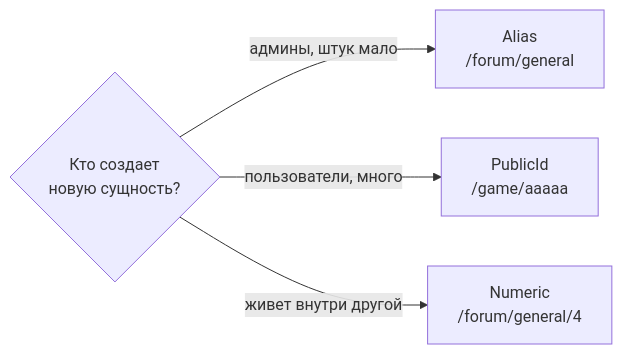
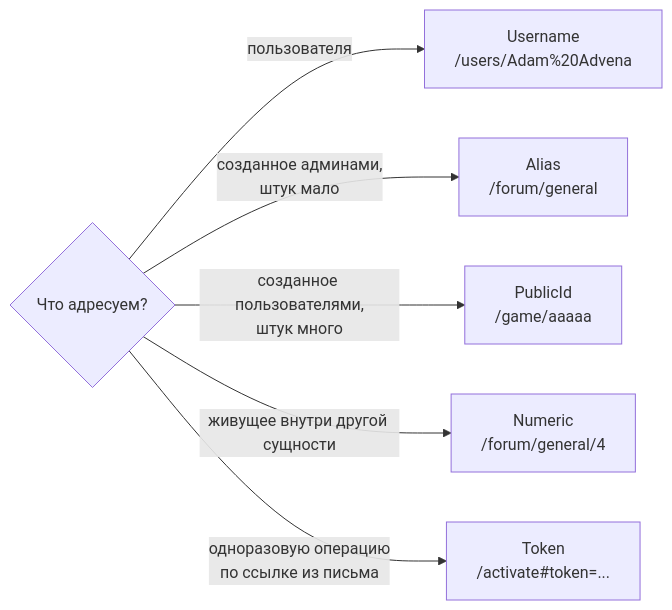
The diagram in docs/conventions/URL_STRUCTURE.md (dm-am/dm3), drawn with Mermaid before and after one commit. The commit also changed 1646 other files, not shown here.

````diff
--- a/docs/conventions/URL_STRUCTURE.md
+++ b/docs/conventions/URL_STRUCTURE.md
@@ -5,7 +5,9 @@
 ```mermaid
 flowchart LR
-    q{"Кто создает<br/>новую сущность?"}
-    q -->|"админы, штук мало"| a["Alias<br/>/forum/general"]
-    q -->|"пользователи, много"| b["PublicId<br/>/game/aaaaa"]
-    q -->|"живет внутри другой"| c["Numeric<br/>/forum/general/4"]
+    q{"Что адресуем?"}
+    q -->|"пользователя"| n["Username<br/>/users/Adam%20Advena"]
+    q -->|"созданное админами,<br/>штук мало"| a["Alias<br/>/forum/general"]
+    q -->|"созданное пользователями,<br/>штук много"| b["PublicId<br/>/game/aaaaa"]
+    q -->|"живущее внутри другой сущности"| c["Numeric<br/>/forum/general/4"]
+    q -->|"одноразовую операцию<br/>по ссылке из письма"| t["Token<br/>/activate#token=..."]
 ```
````
